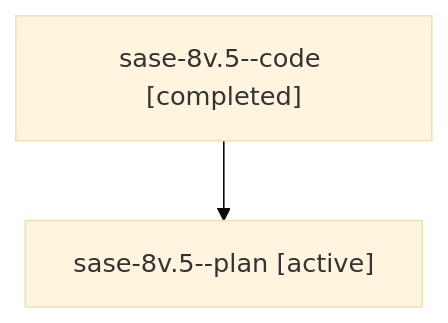
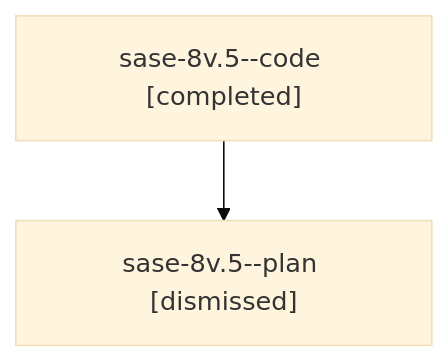
Before and after one commit to sase-org/sase--agents: the diagram in sessions/bbugyi200.athena.sase-8v.5.md, drawn with Mermaid (base theme). The commit also changed other lines of this file and 105 other files, not shown here.

````diff
--- a/sessions/bbugyi200.athena.sase-8v.5.md
+++ b/sessions/bbugyi200.athena.sase-8v.5.md
@@ -9,6 +9,6 @@
 ```mermaid
 flowchart TD
   n0["sase-8v.5--code [completed]"]
-  n1["sase-8v.5--plan [active]"]
+  n1["sase-8v.5--plan [dismissed]"]
   n0 --> n1
 ```
````
